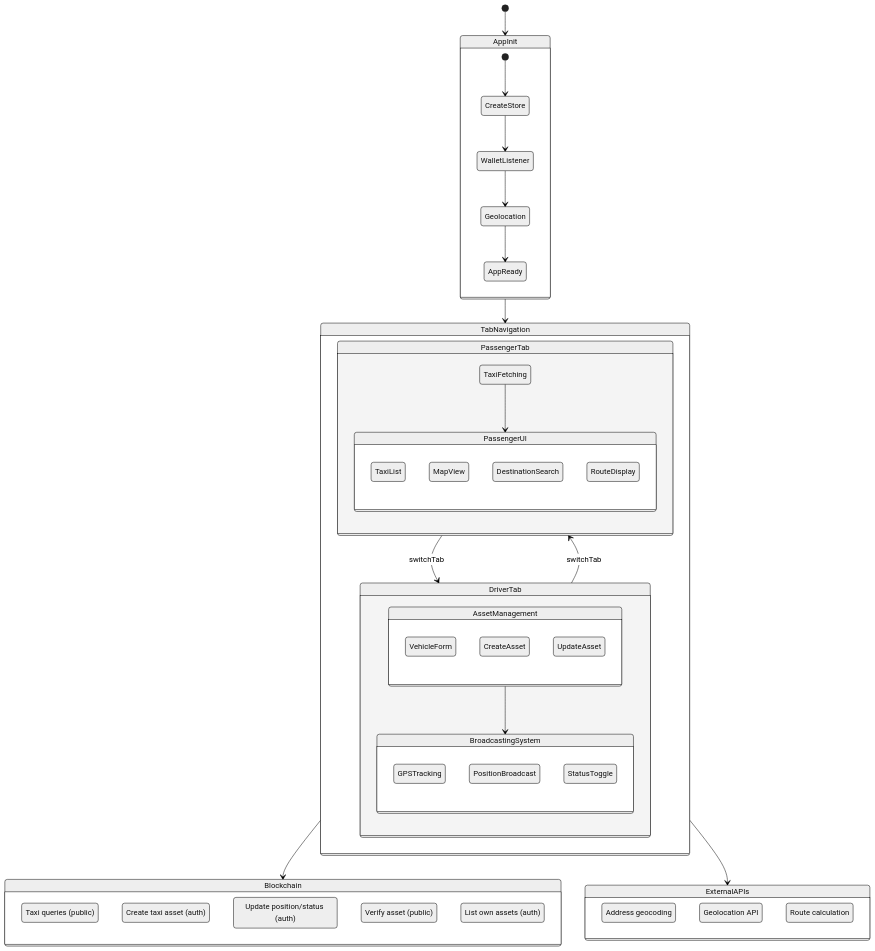
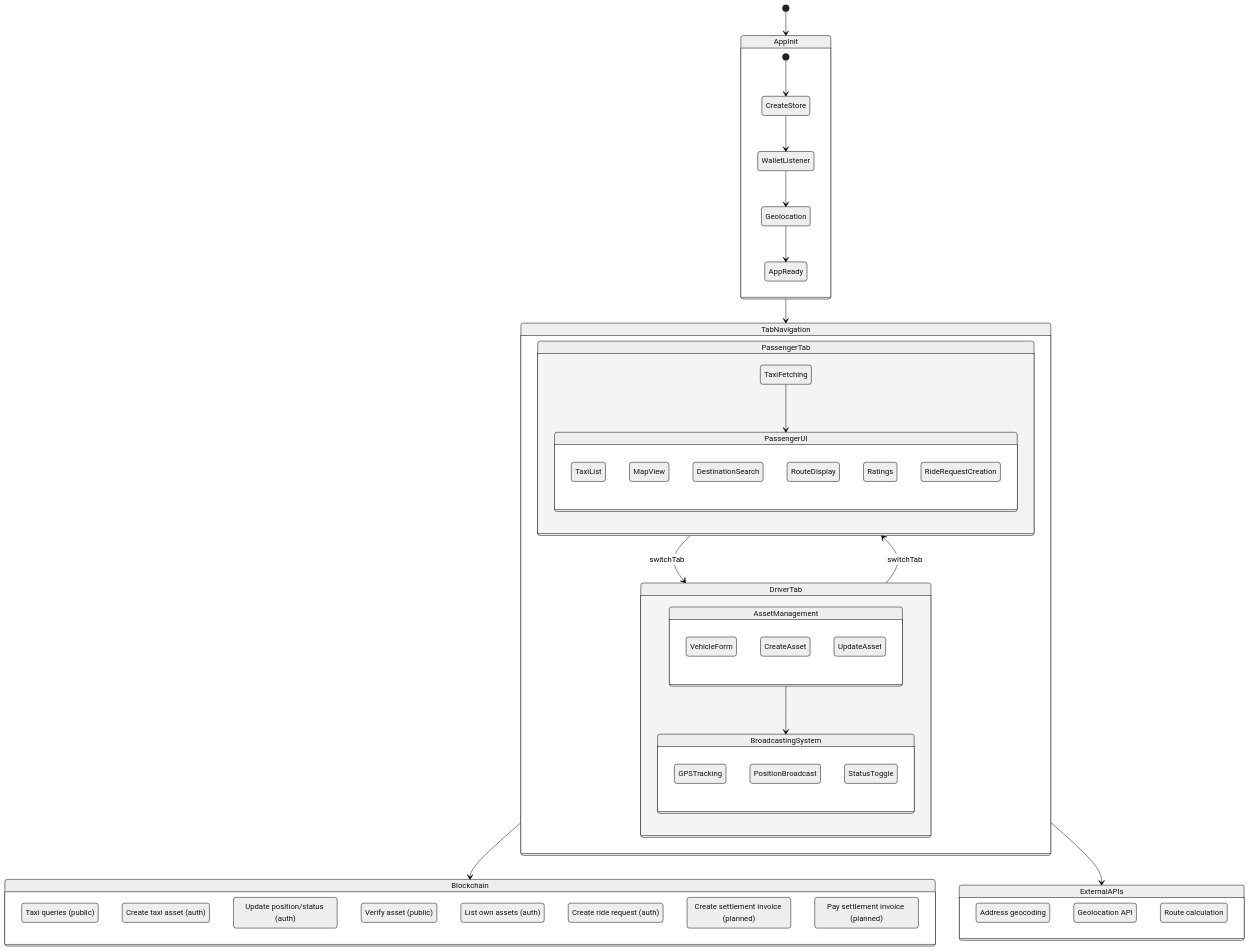
The eighth of 9 diagrams in docs/state-machines.md (AkstonCap/NexGo), drawn with Mermaid (neutral theme) before and after one commit. The commit also changed other lines of this file and 5 other files, not shown here.

Commit message:
Enhance taxi and ride request features: add service type to taxi assets, implement ride request creation, and update documentation for autonomous and human-operated services.

````diff
--- a/docs/state-machines.md
+++ b/docs/state-machines.md
@@ -247,59 +312,64 @@
 ```mermaid
 stateDiagram-v2
     [*] --> AppInit
 
     state AppInit {
         [*] --> CreateStore
         CreateStore --> WalletListener
         WalletListener --> Geolocation
         Geolocation --> AppReady
     }
 
     AppInit --> TabNavigation
 
     state TabNavigation {
         state PassengerTab {
             TaxiFetching --> PassengerUI
             state PassengerUI {
                 TaxiList
                 MapView
                 DestinationSearch
                 RouteDisplay
+                Ratings
+                RideRequestCreation
             }
         }
 
         state DriverTab {
             AssetManagement --> BroadcastingSystem
             state AssetManagement {
                 VehicleForm
                 CreateAsset
                 UpdateAsset
             }
             state BroadcastingSystem {
                 GPSTracking
                 PositionBroadcast
                 StatusToggle
             }
         }
 
         PassengerTab --> DriverTab : switchTab
         DriverTab --> PassengerTab : switchTab
     }
 
     state Blockchain {
         RegisterListAssets : Taxi queries (public)
         AssetsCreate : Create taxi asset (auth)
         AssetsUpdate : Update position/status (auth)
         AssetsGet : Verify asset (public)
         AssetsList : List own assets (auth)
+        AssetsCreateRaw : Create ride request (auth)
+        InvoicesCreate : Create settlement invoice (planned)
+        InvoicesPay : Pay settlement invoice (planned)
     }
 
     state ExternalAPIs {
         Nominatim : Address geocoding
         BrowserGPS : Geolocation API
         LeafletRouting : Route calculation
     }
 
     TabNavigation --> Blockchain
     TabNavigation --> ExternalAPIs
 ```
````
